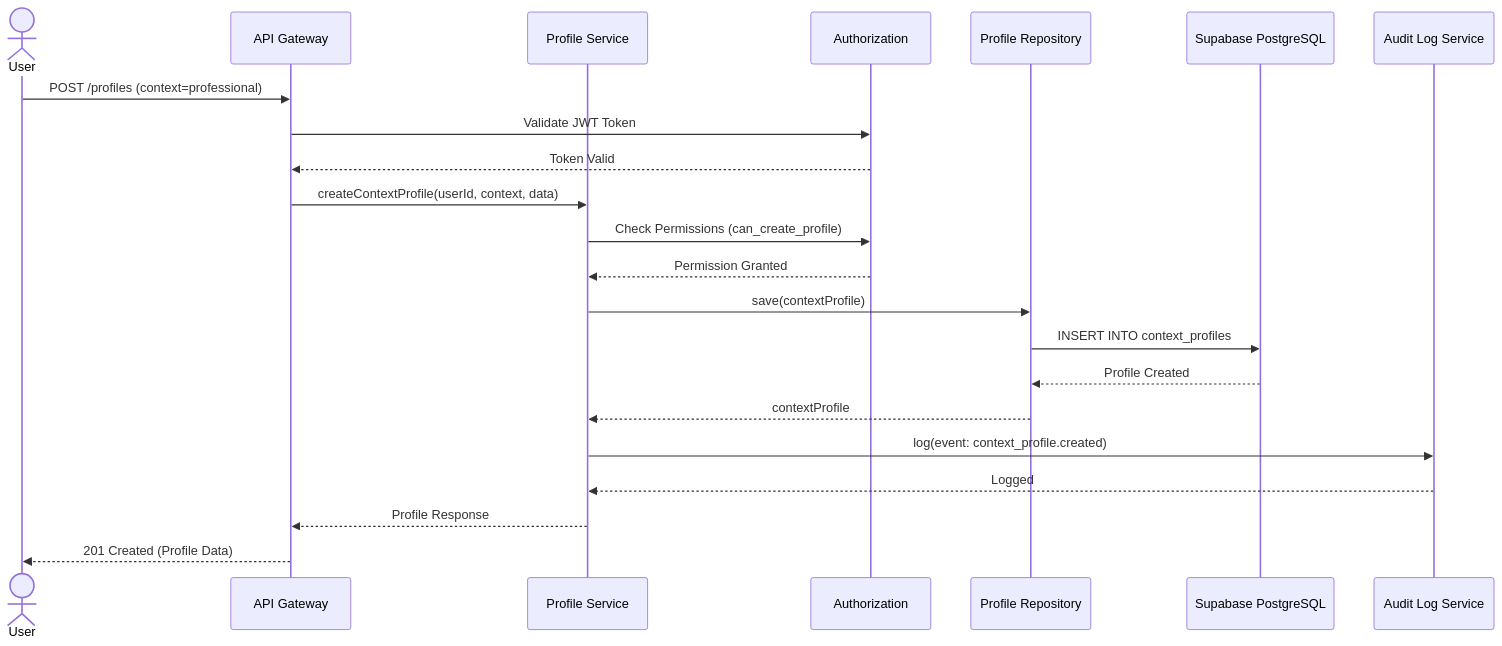
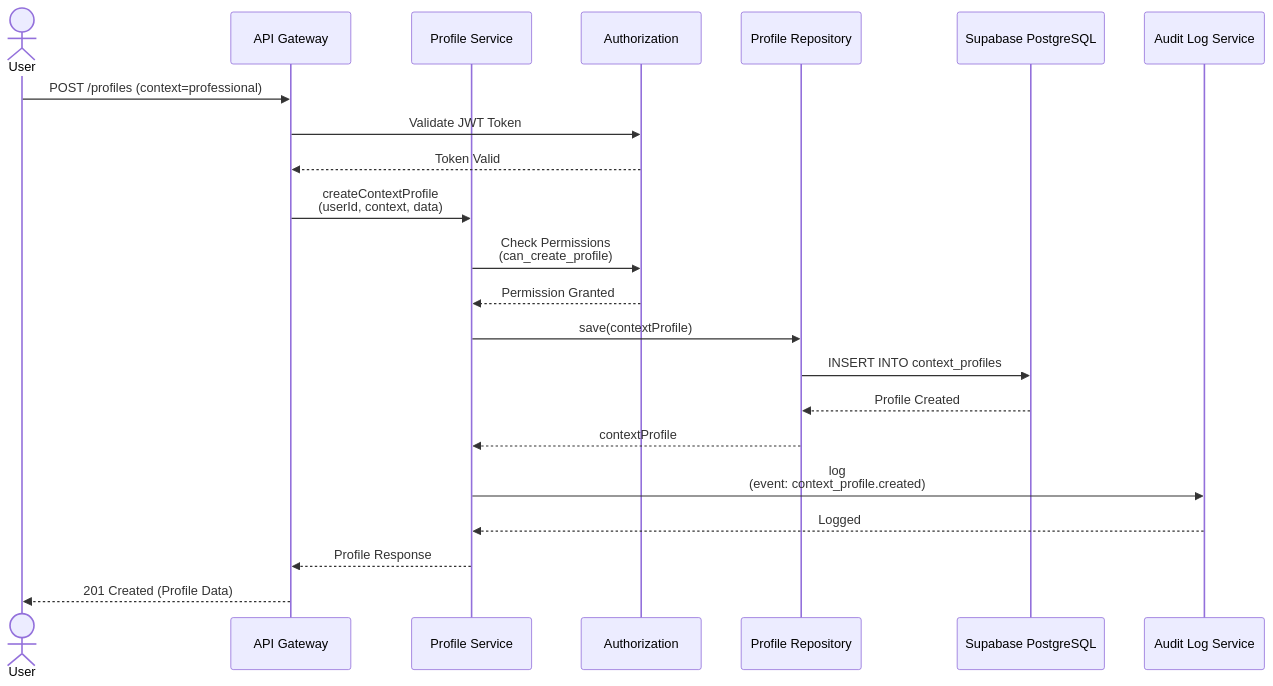
The second of 4 diagrams in architecture/component-architecture.qmd (mastrolinux/final-project), drawn with Mermaid before and after one commit. The commit also changed other lines of this file and 6 other files, not shown here.

Commit message:
Refactor identity management documentation to improve clarity and structure. Fixed graphs.

````diff
--- a/architecture/component-architecture.qmd
+++ b/architecture/component-architecture.qmd
@@ -186,25 +186,25 @@
-```mermaid
+```{mermaid}
 sequenceDiagram
     actor User
     participant API as API Gateway
     participant PS as Profile Service
     participant Auth as Authorization
     participant PR as Profile Repository
     participant DB as Supabase PostgreSQL
     participant Audit as Audit Log Service
     
     User->>API: POST /profiles (context=professional)
     API->>Auth: Validate JWT Token
     Auth-->>API: Token Valid
-    API->>PS: createContextProfile(userId, context, data)
-    PS->>Auth: Check Permissions (can_create_profile)
+    API->>PS: createContextProfile<br/>(userId, context, data)
+    PS->>Auth: Check Permissions<br/>(can_create_profile)
     Auth-->>PS: Permission Granted
     PS->>PR: save(contextProfile)
     PR->>DB: INSERT INTO context_profiles
     DB-->>PR: Profile Created
     PR-->>PS: contextProfile
-    PS->>Audit: log(event: context_profile.created)
+    PS->>Audit: log<br/>(event: context_profile.created)
     Audit-->>PS: Logged
     PS-->>API: Profile Response
     API-->>User: 201 Created (Profile Data)
 ```
````
